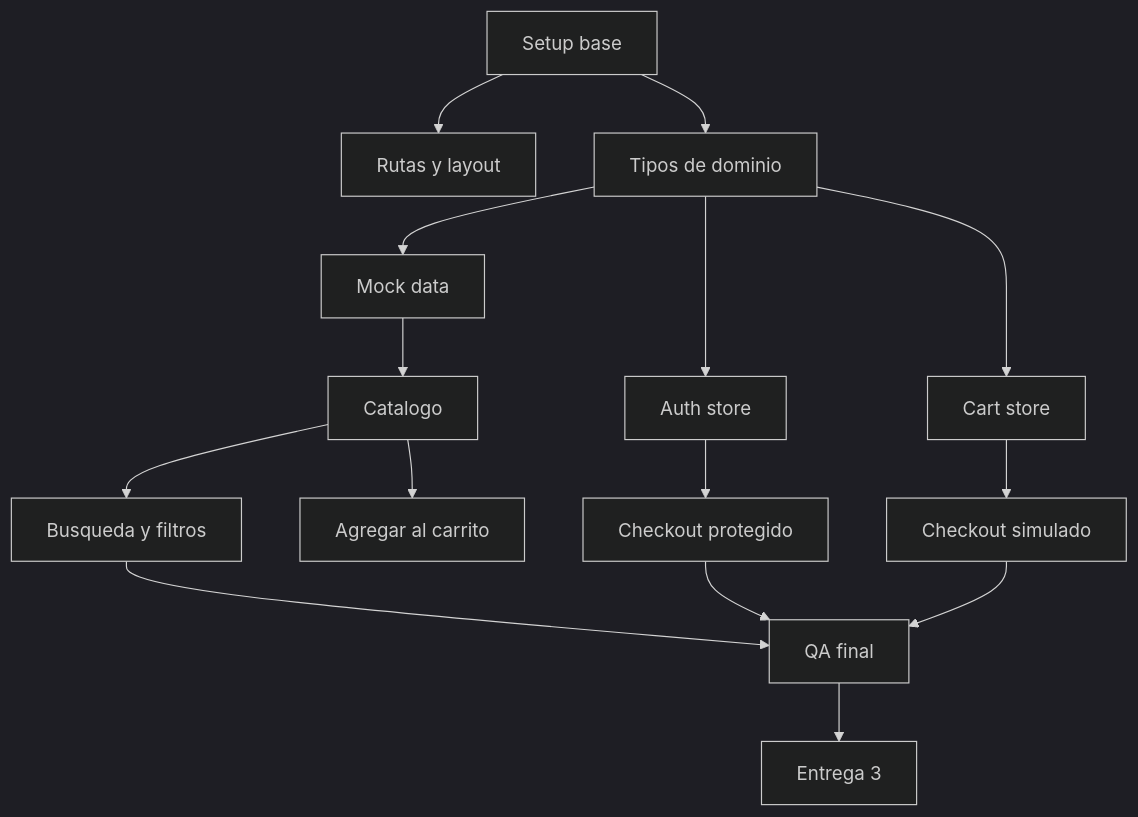
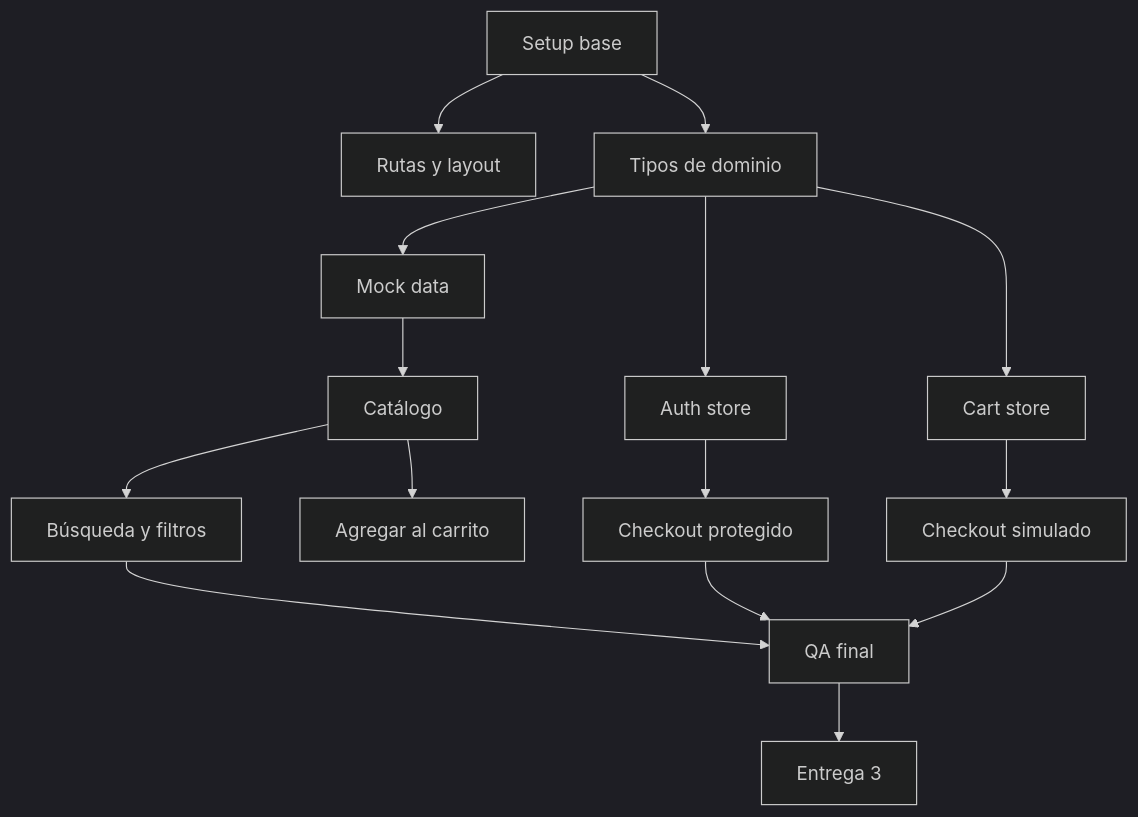
Before and after one commit to andresfccy/poli-tsp: the second of 2 diagrams in docs/roadmap/index.md, drawn with Mermaid (dark theme). The commit also changed other lines of this file and 13 other files, not shown here.

Commit message:
docs: fix accents and mermaid labels

````diff
--- a/docs/roadmap/index.md
+++ b/docs/roadmap/index.md
@@ -35,17 +35,17 @@
 ```mermaid
 flowchart TD
-  Setup[Setup base] --> Routes[Rutas y layout]
-  Setup --> Domain[Tipos de dominio]
-  Domain --> Mock[Mock data]
-  Mock --> Catalog[Catalogo]
-  Catalog --> Filters[Busqueda y filtros]
-  Catalog --> CartAdd[Agregar al carrito]
-  Domain --> Auth[Auth store]
-  Auth --> Protected[Checkout protegido]
-  Domain --> Cart[Cart store]
-  Cart --> Checkout[Checkout simulado]
-  Filters --> QA[QA final]
+  Setup["Setup base"] --> Routes["Rutas y layout"]
+  Setup --> Domain["Tipos de dominio"]
+  Domain --> Mock["Mock data"]
+  Mock --> Catalog["Catálogo"]
+  Catalog --> Filters["Búsqueda y filtros"]
+  Catalog --> CartAdd["Agregar al carrito"]
+  Domain --> Auth["Auth store"]
+  Auth --> Protected["Checkout protegido"]
+  Domain --> Cart["Cart store"]
+  Cart --> Checkout["Checkout simulado"]
+  Filters --> QA["QA final"]
   Protected --> QA
   Checkout --> QA
-  QA --> Delivery[Entrega 3]
+  QA --> Delivery["Entrega 3"]
 ```
````
